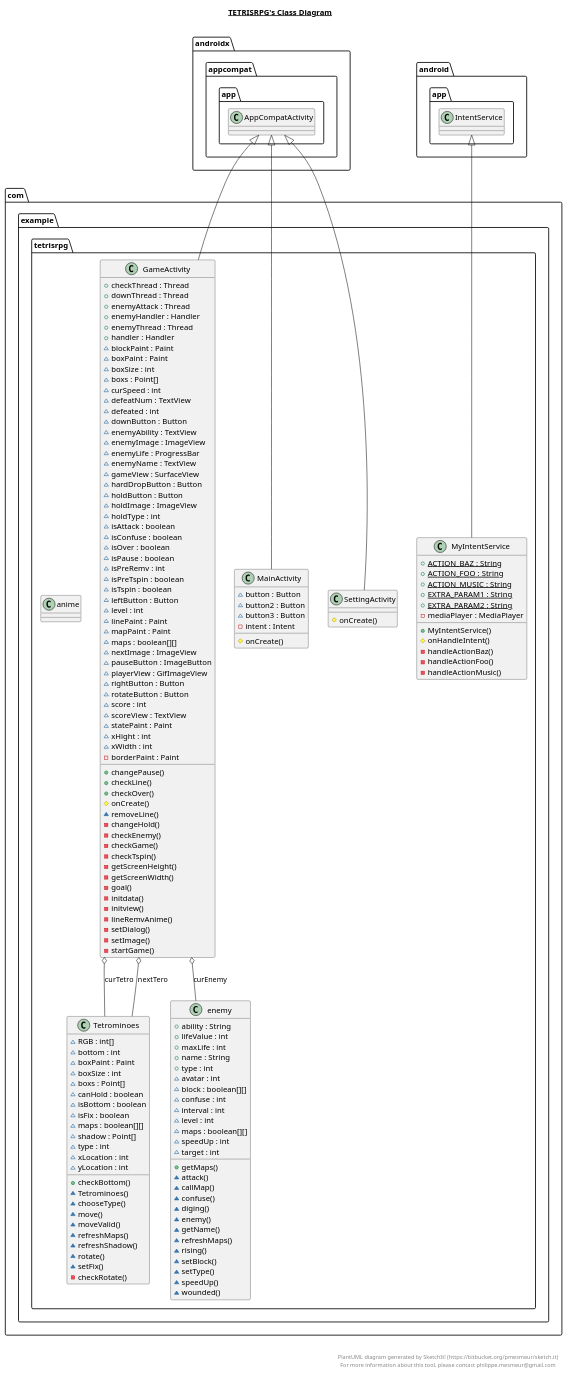
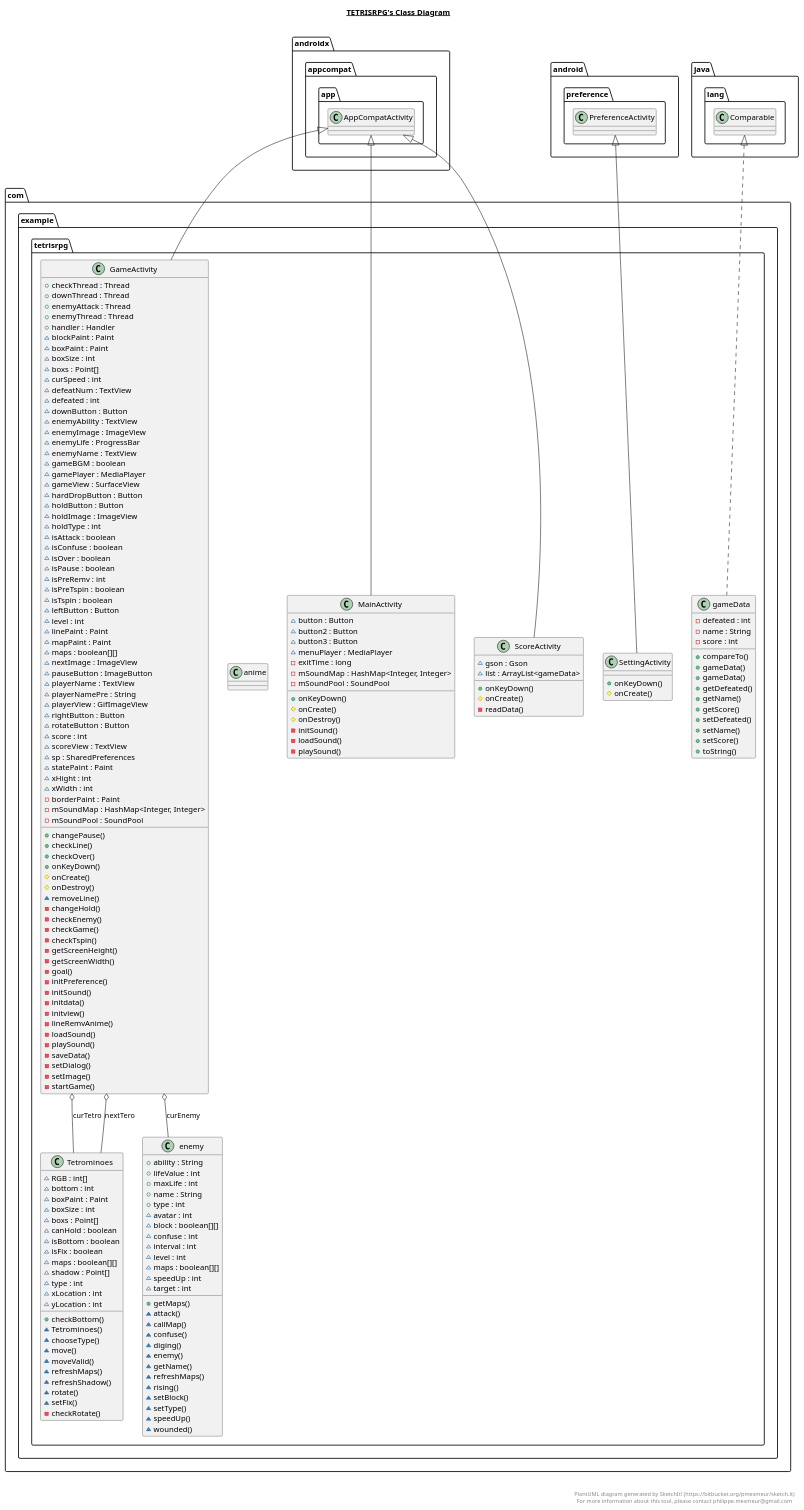
One commit to OrangesFlower/TetrisRPG changed the diagram in app/src/main/java/com/example/tetrisrpg/tetrisrpg.plantuml. Above: the diagram before and after it, drawn with PlantUML. The commit also changed 18 other files, not shown here.

```diff
--- a/app/src/main/java/com/example/tetrisrpg/tetrisrpg.plantuml
+++ b/app/src/main/java/com/example/tetrisrpg/tetrisrpg.plantuml
@@ -7,7 +7,6 @@
         + checkThread : Thread
         + downThread : Thread
         + enemyAttack : Thread
-        + enemyHandler : Handler
         + enemyThread : Thread
         + handler : Handler
         ~ blockPaint : Paint
@@ -22,6 +21,8 @@
         ~ enemyImage : ImageView
         ~ enemyLife : ProgressBar
         ~ enemyName : TextView
+        ~ gameBGM : boolean
+        ~ gamePlayer : MediaPlayer
         ~ gameView : SurfaceView
         ~ hardDropButton : Button
         ~ holdButton : Button
@@ -41,19 +42,26 @@
         ~ maps : boolean[][]
         ~ nextImage : ImageView
         ~ pauseButton : ImageButton
+        ~ playerName : TextView
+        ~ playerNamePre : String
         ~ playerView : GifImageView
         ~ rightButton : Button
         ~ rotateButton : Button
         ~ score : int
         ~ scoreView : TextView
+        ~ sp : SharedPreferences
         ~ statePaint : Paint
         ~ xHight : int
         ~ xWidth : int
         - borderPaint : Paint
+        - mSoundMap : HashMap<Integer, Integer>
+        - mSoundPool : SoundPool
         + changePause()
         + checkLine()
         + checkOver()
+        + onKeyDown()
         # onCreate()
+        # onDestroy()
         ~ removeLine()
         - changeHold()
         - checkEnemy()
@@ -62,9 +70,14 @@
         - getScreenHeight()
         - getScreenWidth()
         - goal()
+        - initPreference()
+        - initSound()
         - initdata()
         - initview()
         - lineRemvAnime()
+        - loadSound()
+        - playSound()
+        - saveData()
         - setDialog()
         - setImage()
         - startGame()
@@ -77,31 +90,34 @@
         ~ button : Button
         ~ button2 : Button
         ~ button3 : Button
-        - intent : Intent
+        ~ menuPlayer : MediaPlayer
+        - exitTime : long
+        - mSoundMap : HashMap<Integer, Integer>
+        - mSoundPool : SoundPool
+        + onKeyDown()
         # onCreate()
+        # onDestroy()
+        - initSound()
+        - loadSound()
+        - playSound()
     }
   }
   
 
   namespace com.example.tetrisrpg {
-    class com.example.tetrisrpg.MyIntentService {
-        {static} + ACTION_BAZ : String
-        {static} + ACTION_FOO : String
-        {static} + ACTION_MUSIC : String
-        {static} + EXTRA_PARAM1 : String
-        {static} + EXTRA_PARAM2 : String
-        - mediaPlayer : MediaPlayer
-        + MyIntentService()
-        # onHandleIntent()
-        - handleActionBaz()
-        - handleActionFoo()
-        - handleActionMusic()
+    class com.example.tetrisrpg.ScoreActivity {
+        ~ gson : Gson
+        ~ list : ArrayList<gameData>
+        + onKeyDown()
+        # onCreate()
+        - readData()
     }
   }
   
 
   namespace com.example.tetrisrpg {
     class com.example.tetrisrpg.SettingActivity {
+        + onKeyDown()
         # onCreate()
     }
   }
@@ -174,13 +190,33 @@
   }
   
 
+  namespace com.example.tetrisrpg {
+    class com.example.tetrisrpg.gameData {
+        - defeated : int
+        - name : String
+        - score : int
+        + compareTo()
+        + gameData()
+        + gameData()
+        + getDefeated()
+        + getName()
+        + getScore()
+        + setDefeated()
+        + setName()
+        + setScore()
+        + toString()
+    }
+  }
+  
+
   com.example.tetrisrpg.GameActivity -up-|> androidx.appcompat.app.AppCompatActivity
   com.example.tetrisrpg.GameActivity o-- com.example.tetrisrpg.enemy : curEnemy
   com.example.tetrisrpg.GameActivity o-- com.example.tetrisrpg.Tetrominoes : curTetro
   com.example.tetrisrpg.GameActivity o-- com.example.tetrisrpg.Tetrominoes : nextTero
   com.example.tetrisrpg.MainActivity -up-|> androidx.appcompat.app.AppCompatActivity
-  com.example.tetrisrpg.MyIntentService -up-|> android.app.IntentService
-  com.example.tetrisrpg.SettingActivity -up-|> androidx.appcompat.app.AppCompatActivity
+  com.example.tetrisrpg.ScoreActivity -up-|> androidx.appcompat.app.AppCompatActivity
+  com.example.tetrisrpg.SettingActivity -up-|> android.preference.PreferenceActivity
+  com.example.tetrisrpg.gameData .up.|> java.lang.Comparable
 
 
 right footer
```
